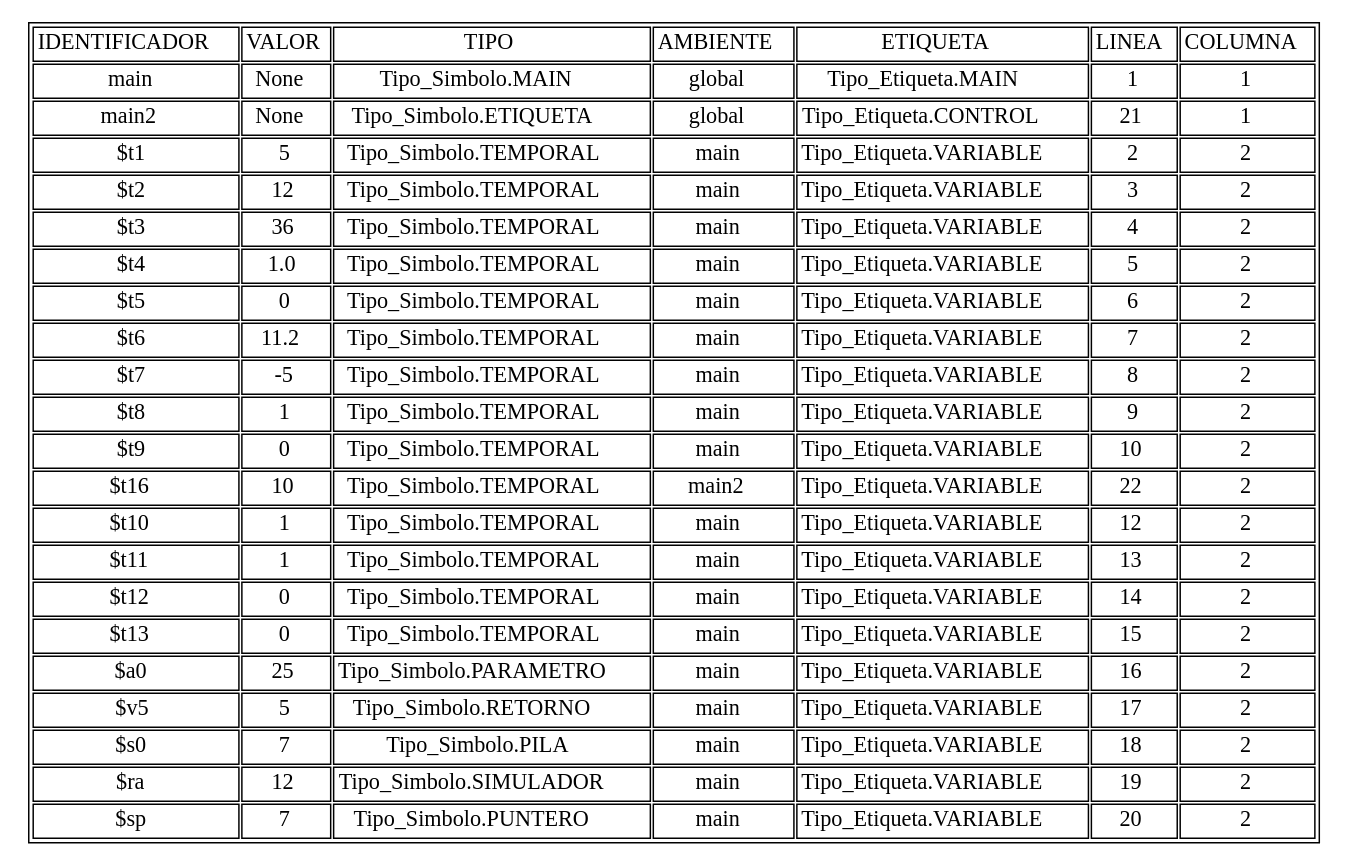
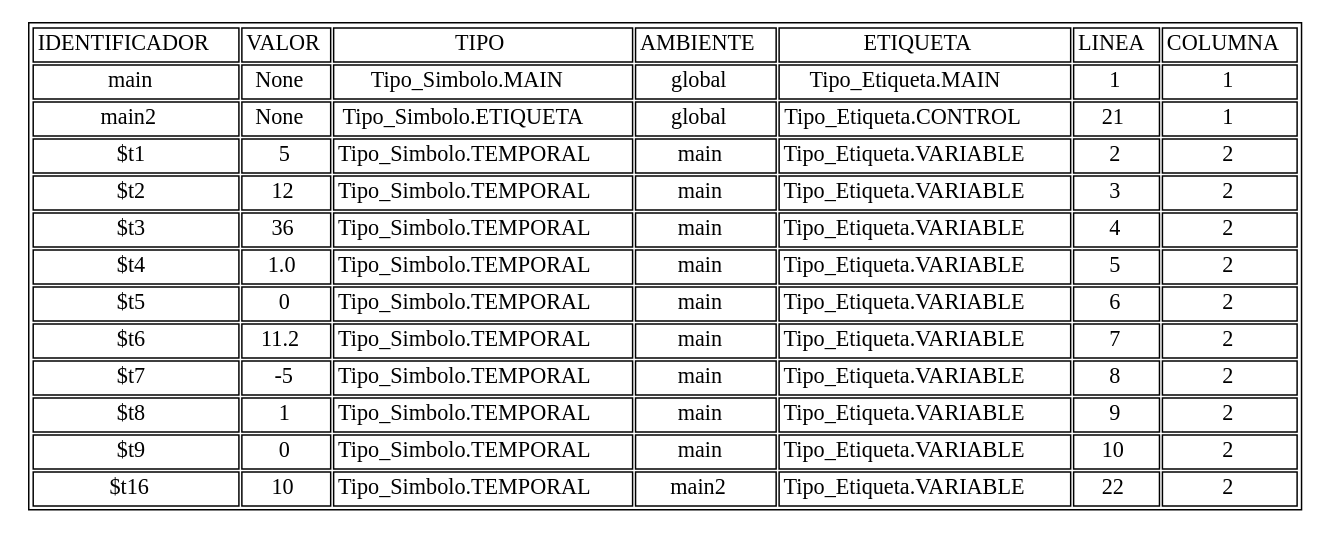
One commit to AndreeAvalos/OLC2-AUGUS changed the diagram in tablasimbolos.dot. Above: the diagram before and after it, drawn with Graphviz. The commit also changed 5 other files, not shown here.

```diff
--- a/tablasimbolos.dot
+++ b/tablasimbolos.dot
@@ -1,29 +1,20 @@
 digraph tabla{
 graph [ratio=fill];node [label="\N", fontsize=15, shape=plaintext];
 graph [bb="0,0,352,154"];
 arset [label=<<TABLE ALIGN="LEFT">
 <TR><TD>IDENTIFICADOR</TD><TD>VALOR</TD><TD>TIPO</TD><TD>AMBIENTE</TD><TD>ETIQUETA</TD><TD>LINEA</TD><TD>COLUMNA</TD></TR>
 <TR><TD>main</TD><TD>None</TD><TD>Tipo_Simbolo.MAIN</TD><TD>global</TD><TD>Tipo_Etiqueta.MAIN</TD><TD>1</TD><TD>1</TD></TR>
 <TR><TD>main2</TD><TD>None</TD><TD>Tipo_Simbolo.ETIQUETA</TD><TD>global</TD><TD>Tipo_Etiqueta.CONTROL</TD><TD>21</TD><TD>1</TD></TR>
 <TR><TD>$t1</TD><TD>5</TD><TD>Tipo_Simbolo.TEMPORAL</TD><TD>main</TD><TD>Tipo_Etiqueta.VARIABLE</TD><TD>2</TD><TD>2</TD></TR>
 <TR><TD>$t2</TD><TD>12</TD><TD>Tipo_Simbolo.TEMPORAL</TD><TD>main</TD><TD>Tipo_Etiqueta.VARIABLE</TD><TD>3</TD><TD>2</TD></TR>
 <TR><TD>$t3</TD><TD>36</TD><TD>Tipo_Simbolo.TEMPORAL</TD><TD>main</TD><TD>Tipo_Etiqueta.VARIABLE</TD><TD>4</TD><TD>2</TD></TR>
 <TR><TD>$t4</TD><TD>1.0</TD><TD>Tipo_Simbolo.TEMPORAL</TD><TD>main</TD><TD>Tipo_Etiqueta.VARIABLE</TD><TD>5</TD><TD>2</TD></TR>
 <TR><TD>$t5</TD><TD>0</TD><TD>Tipo_Simbolo.TEMPORAL</TD><TD>main</TD><TD>Tipo_Etiqueta.VARIABLE</TD><TD>6</TD><TD>2</TD></TR>
 <TR><TD>$t6</TD><TD>11.2</TD><TD>Tipo_Simbolo.TEMPORAL</TD><TD>main</TD><TD>Tipo_Etiqueta.VARIABLE</TD><TD>7</TD><TD>2</TD></TR>
 <TR><TD>$t7</TD><TD>-5</TD><TD>Tipo_Simbolo.TEMPORAL</TD><TD>main</TD><TD>Tipo_Etiqueta.VARIABLE</TD><TD>8</TD><TD>2</TD></TR>
 <TR><TD>$t8</TD><TD>1</TD><TD>Tipo_Simbolo.TEMPORAL</TD><TD>main</TD><TD>Tipo_Etiqueta.VARIABLE</TD><TD>9</TD><TD>2</TD></TR>
 <TR><TD>$t9</TD><TD>0</TD><TD>Tipo_Simbolo.TEMPORAL</TD><TD>main</TD><TD>Tipo_Etiqueta.VARIABLE</TD><TD>10</TD><TD>2</TD></TR>
 <TR><TD>$t16</TD><TD>10</TD><TD>Tipo_Simbolo.TEMPORAL</TD><TD>main2</TD><TD>Tipo_Etiqueta.VARIABLE</TD><TD>22</TD><TD>2</TD></TR>
-<TR><TD>$t10</TD><TD>1</TD><TD>Tipo_Simbolo.TEMPORAL</TD><TD>main</TD><TD>Tipo_Etiqueta.VARIABLE</TD><TD>12</TD><TD>2</TD></TR>
-<TR><TD>$t11</TD><TD>1</TD><TD>Tipo_Simbolo.TEMPORAL</TD><TD>main</TD><TD>Tipo_Etiqueta.VARIABLE</TD><TD>13</TD><TD>2</TD></TR>
-<TR><TD>$t12</TD><TD>0</TD><TD>Tipo_Simbolo.TEMPORAL</TD><TD>main</TD><TD>Tipo_Etiqueta.VARIABLE</TD><TD>14</TD><TD>2</TD></TR>
-<TR><TD>$t13</TD><TD>0</TD><TD>Tipo_Simbolo.TEMPORAL</TD><TD>main</TD><TD>Tipo_Etiqueta.VARIABLE</TD><TD>15</TD><TD>2</TD></TR>
-<TR><TD>$a0</TD><TD>25</TD><TD>Tipo_Simbolo.PARAMETRO</TD><TD>main</TD><TD>Tipo_Etiqueta.VARIABLE</TD><TD>16</TD><TD>2</TD></TR>
-<TR><TD>$v5</TD><TD>5</TD><TD>Tipo_Simbolo.RETORNO</TD><TD>main</TD><TD>Tipo_Etiqueta.VARIABLE</TD><TD>17</TD><TD>2</TD></TR>
-<TR><TD>$s0</TD><TD>7</TD><TD>Tipo_Simbolo.PILA</TD><TD>main</TD><TD>Tipo_Etiqueta.VARIABLE</TD><TD>18</TD><TD>2</TD></TR>
-<TR><TD>$ra</TD><TD>12</TD><TD>Tipo_Simbolo.SIMULADOR</TD><TD>main</TD><TD>Tipo_Etiqueta.VARIABLE</TD><TD>19</TD><TD>2</TD></TR>
-<TR><TD>$sp</TD><TD>7</TD><TD>Tipo_Simbolo.PUNTERO</TD><TD>main</TD><TD>Tipo_Etiqueta.VARIABLE</TD><TD>20</TD><TD>2</TD></TR>
 </TABLE>
 >, ];
 }
```
